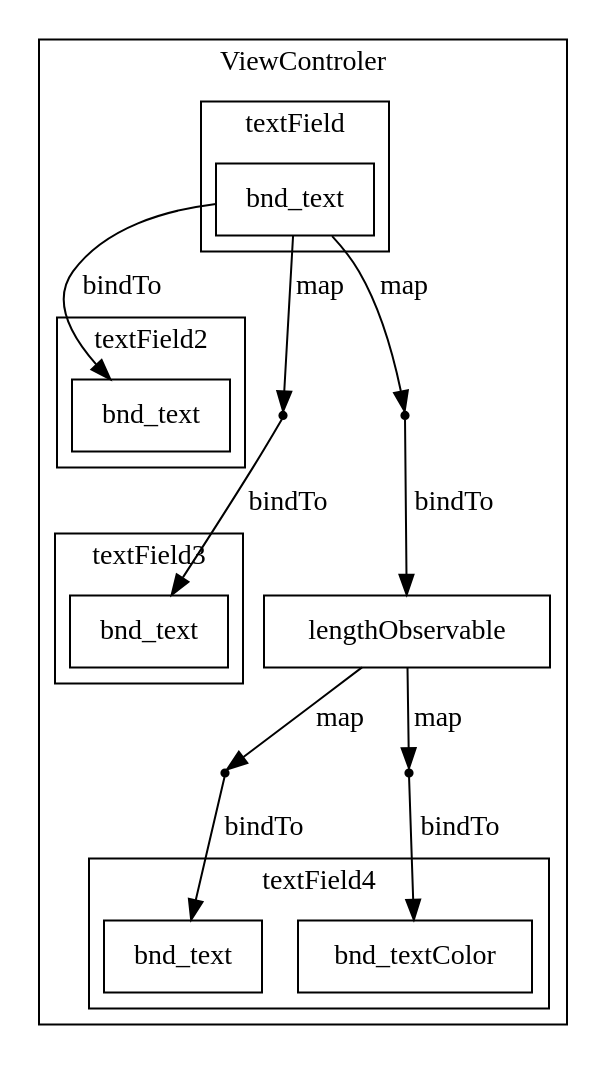
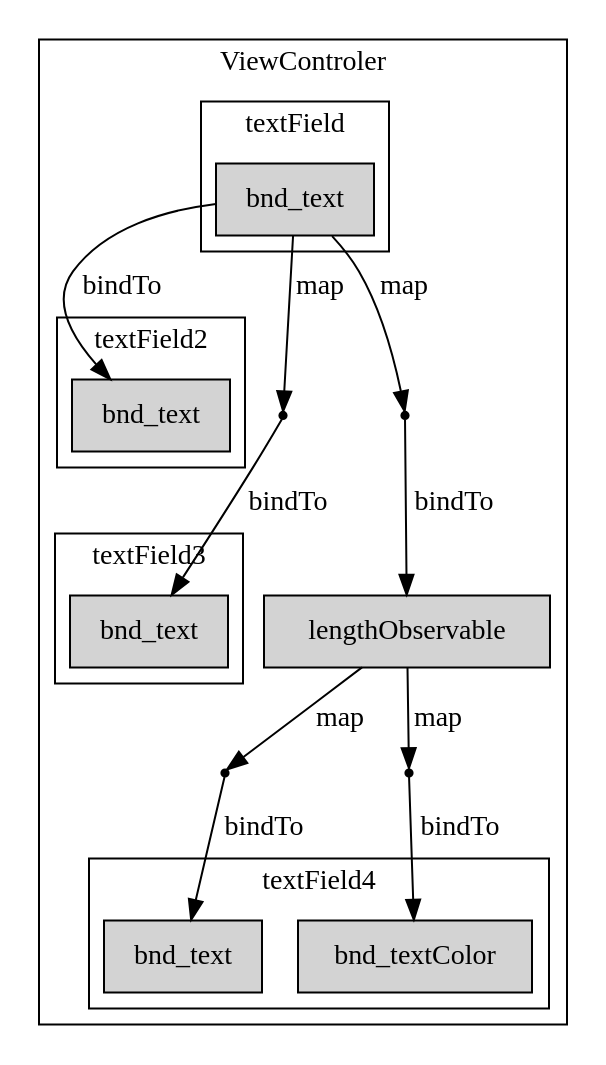
Before and after one commit to taktamur/BondSample: the diagram in BondSample/1_HelloBond/relation.dot, drawn with Graphviz. The commit also changed 1 other file, not shown here.

```diff
--- a/BondSample/1_HelloBond/relation.dot
+++ b/BondSample/1_HelloBond/relation.dot
@@ -1,47 +1,47 @@
 // use to Graphviz when generate image file.
 // http://www.graphviz.org/Download_macos.php
 
 digraph relation {
 
   subgraph clusterVC {
-    length [label="lengthObservable",shape="box"]
+    length [label="lengthObservable",shape="box",style=filled,fillColor=lightgray]
     label = "ViewControler";
 
   subgraph cluster1 {
-    text1 [label="bnd_text",shape="box"]
+    text1 [label="bnd_text",shape="box",style=filled,fillColor=lightgray]
     label = "textField";
   }
   subgraph cluster2 {
-    text2 [label="bnd_text",shape="box"]
+    text2 [label="bnd_text",shape="box",style=filled,fillColor=lightgray]
     label = "textField2"
   }
   subgraph cluster3 {
-    text3 [label="bnd_text", shape="box"]
+    text3 [label="bnd_text", shape="box",style=filled,fillColor=lightgray]
     label = "textField3";
   }
   subgraph cluster4 {
-    text4 [label="bnd_text",shape="box"]
-    text4Color [label="bnd_textColor",shape="box"]
+    text4 [label="bnd_text",shape="box",style=filled,fillColor=lightgray]
+    text4Color [label="bnd_textColor",shape="box",style=filled,fillColor=lightgray]
     label = "textField4";
   }
   _a [label="",shape=point]
   _b [label="",shape=point]
   _c [label="",shape=point]
   _d [label="",shape=point]
 }
 
 
   text1 -> text2 [label = "bindTo"]
 
   text1 -> _a [label = "map"]
   _a -> text3 [label = "bindTo"]
 
   text1 -> _b [label = "map"]
   _b -> length [label="bindTo"]
 
   length -> _c [label = "map"]
   _c -> text4 [label="bindTo"]
   length -> _d [label = "map"]
   _d -> text4Color [label="bindTo"]
 
 }
```
